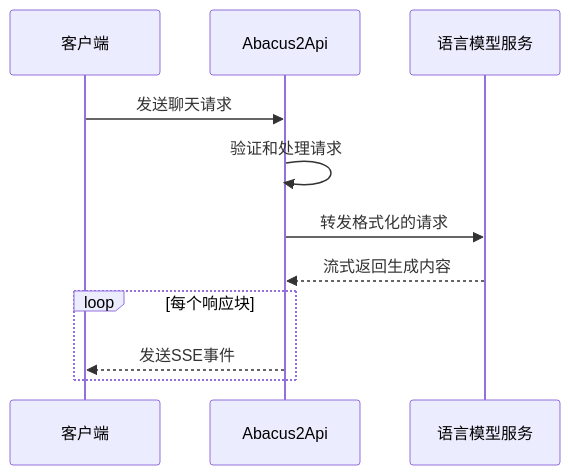
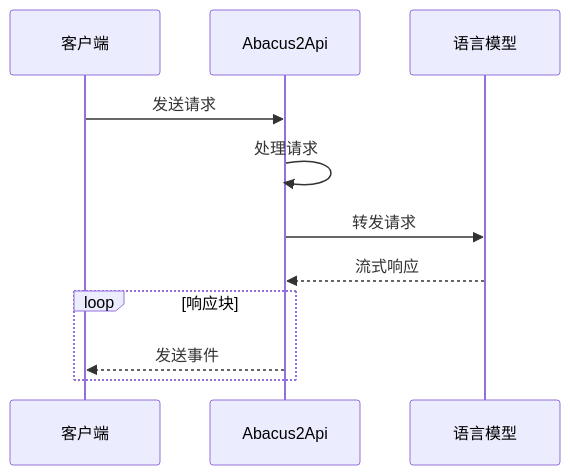
Before and after one commit to justhil/abacus2api: the second of 2 diagrams in readme.md, drawn with Mermaid. The commit also changed other lines of this file, not shown here.

````diff
--- a/readme.md
+++ b/readme.md
@@ -129,14 +128,14 @@
 ```mermaid
 sequenceDiagram
-    participant Client as 客户端
-    participant API as Abacus2Api
-    participant LLM as 语言模型服务
+    participant C as 客户端
+    participant A as Abacus2Api
+    participant L as 语言模型
     
-    Client->>API: 发送聊天请求
-    API->>API: 验证和处理请求
-    API->>LLM: 转发格式化的请求
-    LLM-->>API: 流式返回生成内容
-    loop 每个响应块
-        API-->>Client: 发送SSE事件
+    C->>A: 发送请求
+    A->>A: 处理请求
+    A->>L: 转发请求
+    L-->>A: 流式响应
+    loop 响应块
+        A-->>C: 发送事件
     end
 ```
````
